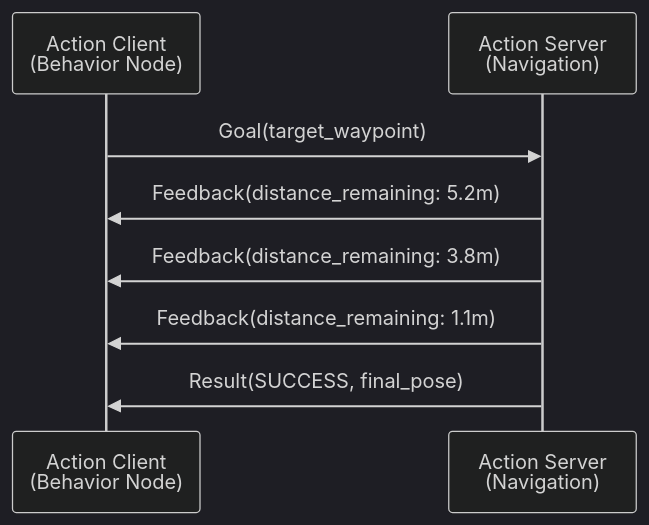
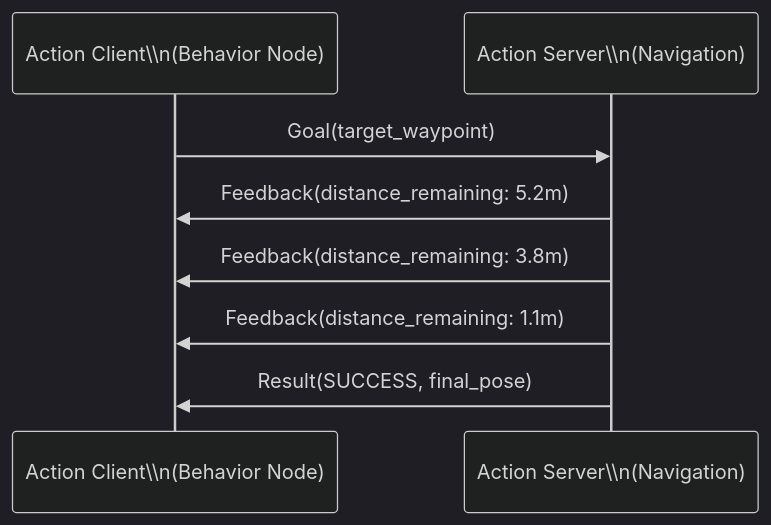
Before and after one commit to ABEERAHMED2024/-Textbook-for-Teaching-Physical-AI-Humanoid-Robotics-Course-: the sixth of 6 diagrams in docs/module-1-ros2/chapter-1-intro-ros2.mdx, drawn with Mermaid (dark theme). The commit also changed other lines of this file and 192 other files, not shown here.

````diff
--- a/docs/module-1-ros2/chapter-1-intro-ros2.mdx
+++ b/docs/module-1-ros2/chapter-1-intro-ros2.mdx
@@ -216,11 +211,11 @@
 ```mermaid
 sequenceDiagram
-    participant Client as Action Client<br/>(Behavior Node)
-    participant Server as Action Server<br/>(Navigation)
+    participant Client as Action Client\\n(Behavior Node)
+    participant Server as Action Server\\n(Navigation)
 
     Client->>Server: Goal(target_waypoint)
     Server->>Client: Feedback(distance_remaining: 5.2m)
     Server->>Client: Feedback(distance_remaining: 3.8m)
     Server->>Client: Feedback(distance_remaining: 1.1m)
     Server->>Client: Result(SUCCESS, final_pose)
 ```
````
